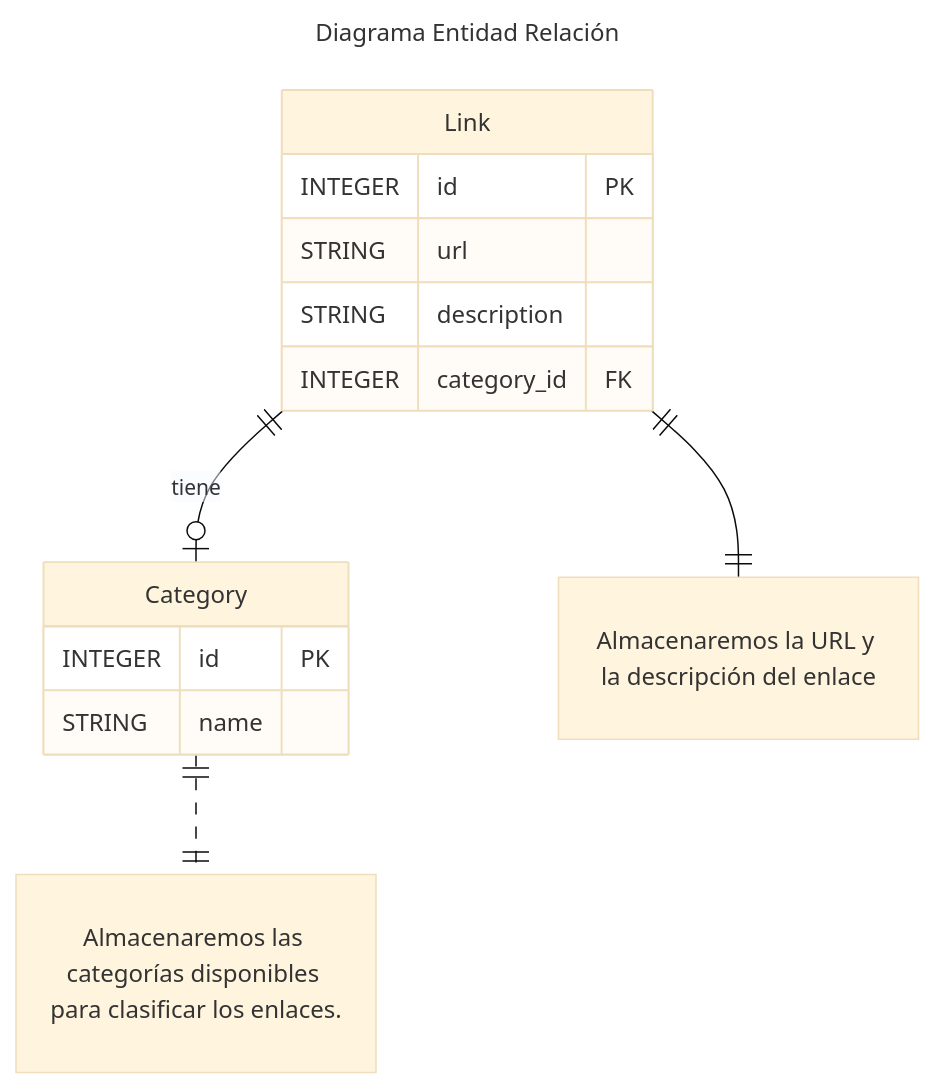
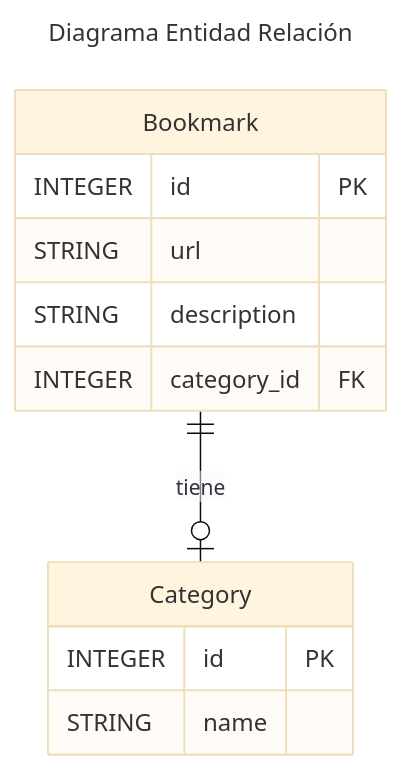
Before and after one commit to EniDev911/portfolio_crispy: the diagram in _posts/lenguajes-de-programacion/python/5-proyectos/2023-12-01-crud-con-sqlite.md, drawn with Mermaid (base theme). The commit also changed other lines of this file, not shown here.

````diff
--- a/_posts/lenguajes-de-programacion/python/5-proyectos/2023-12-01-crud-con-sqlite.md
+++ b/_posts/lenguajes-de-programacion/python/5-proyectos/2023-12-01-crud-con-sqlite.md
@@ -12,27 +14,18 @@
 ```mermaid
 ---
 title: "Diagrama Entidad Relación"
 ---
 erDiagram
     Category {
         INTEGER id PK
         STRING name
     }
-    Link {
+    Bookmark {
         INTEGER id PK
         STRING url
         STRING description
         INTEGER category_id FK
     }
-    C["Almacenaremos las categorías disponibles para clasificar los enlaces."] {
 
-    }
-    
-    L["Almacenaremos la URL y la descripción del enlace"] {
-
-    }
-    
-    Category ||..|| C : ""
-    Link ||--|| L : ""
-    Link ||--o| Category : "tiene"
+    Bookmark ||--o| Category : "tiene"
 ```
````
